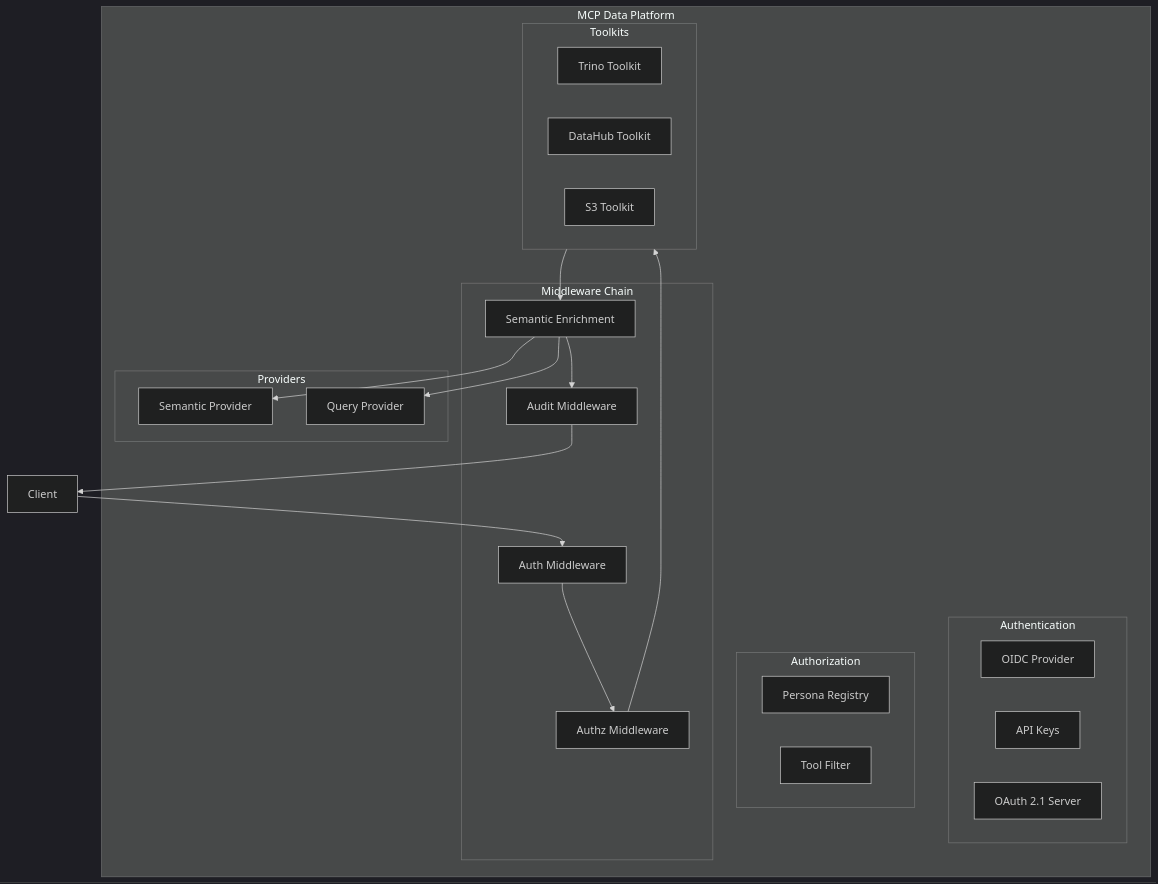
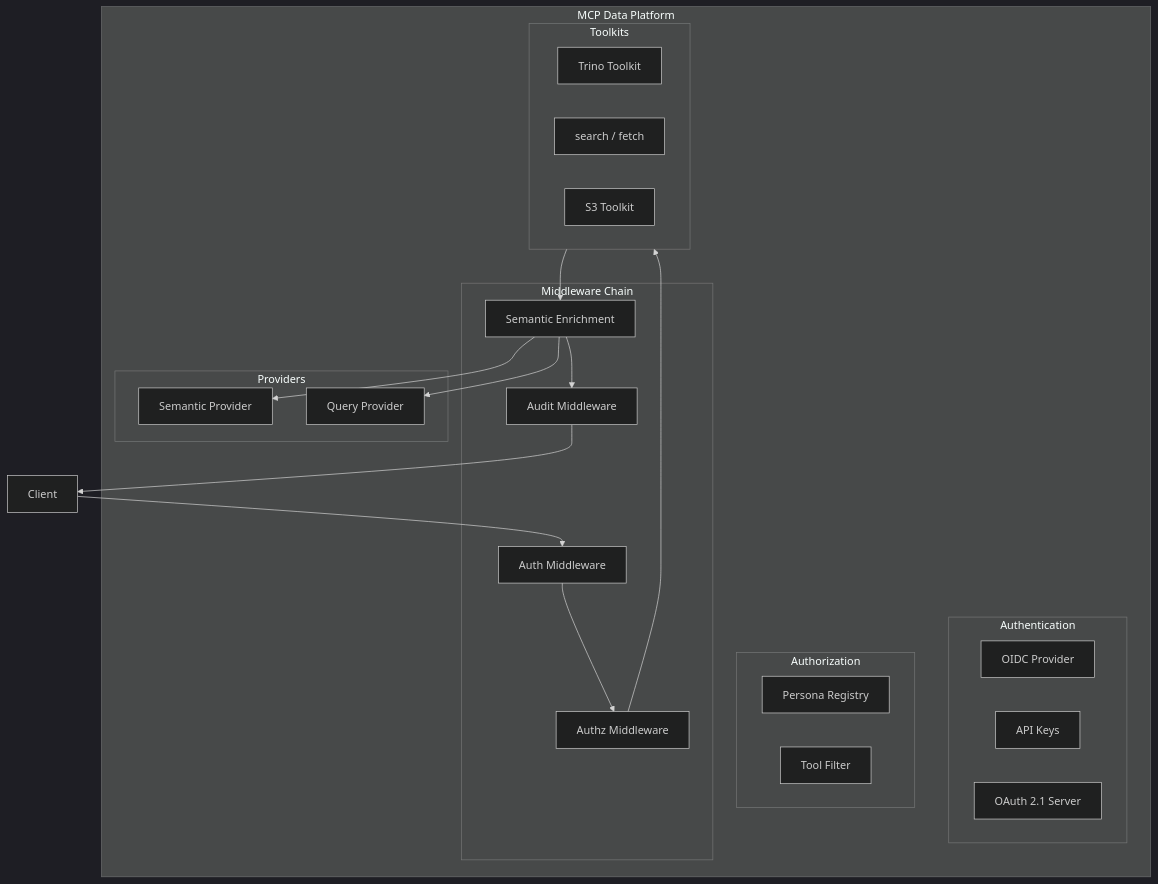
One commit to txn2/mcp-data-platform changed the diagram in CLAUDE.md. Above: the diagram before and after it, drawn with Mermaid (dark theme). The commit also changed other lines of this file and 746 other files, not shown here.

First line of the commit message:
feat(catalog): portal catalog, search/fetch reads, DataHub removed (#1916) (#2123)

````diff
--- a/CLAUDE.md
+++ b/CLAUDE.md
@@ -19,38 +19,38 @@
 ```mermaid
 graph TB
     subgraph "MCP Data Platform"
         subgraph "Authentication"
             OIDC[OIDC Provider]
             APIKey[API Keys]
             OAuth[OAuth 2.1 Server]
         end
 
         subgraph "Authorization"
             Persona[Persona Registry]
             Filter[Tool Filter]
         end
 
         subgraph "Middleware Chain"
             Auth[Auth Middleware]
             Authz[Authz Middleware]
             Enrich[Semantic Enrichment]
             Audit[Audit Middleware]
         end
 
         subgraph "Providers"
             Semantic[Semantic Provider]
             Query[Query Provider]
         end
 
         subgraph "Toolkits"
             Trino[Trino Toolkit]
-            DataHub[DataHub Toolkit]
+            Search[search / fetch]
             S3[S3 Toolkit]
         end
     end
 
     Client --> Auth --> Authz --> Toolkits
     Toolkits --> Enrich --> Audit --> Client
     Enrich --> Semantic
     Enrich --> Query
 ```
````
